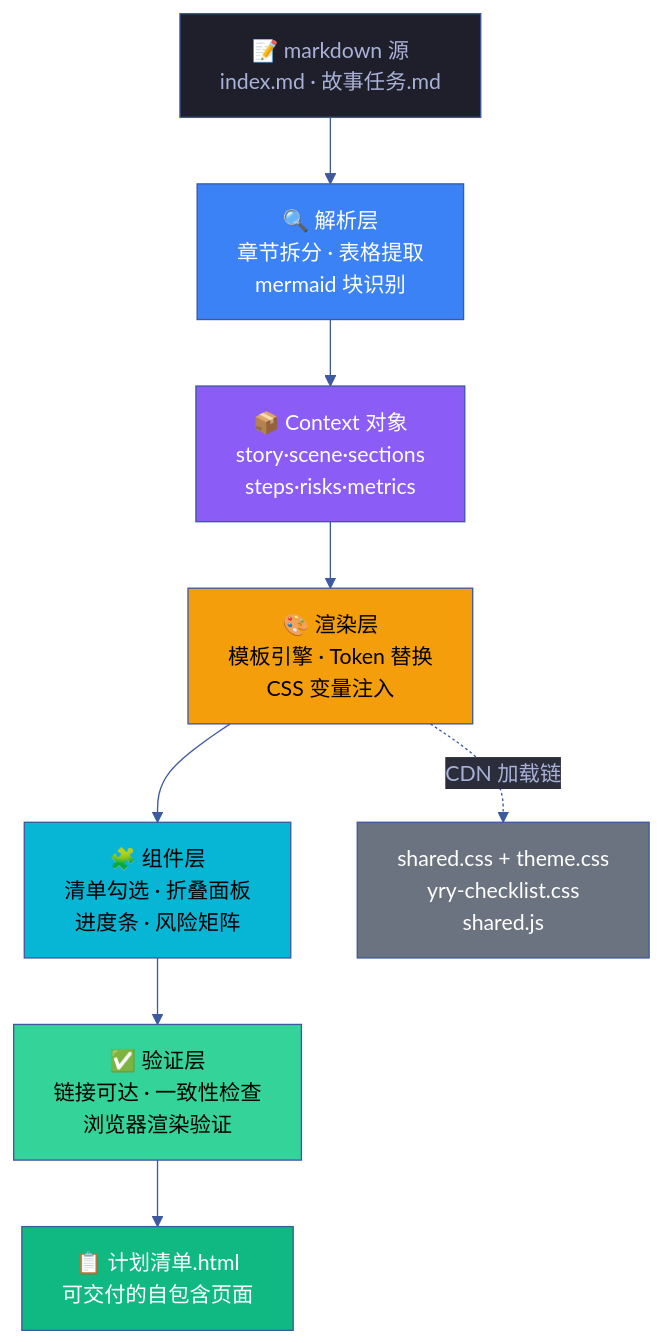
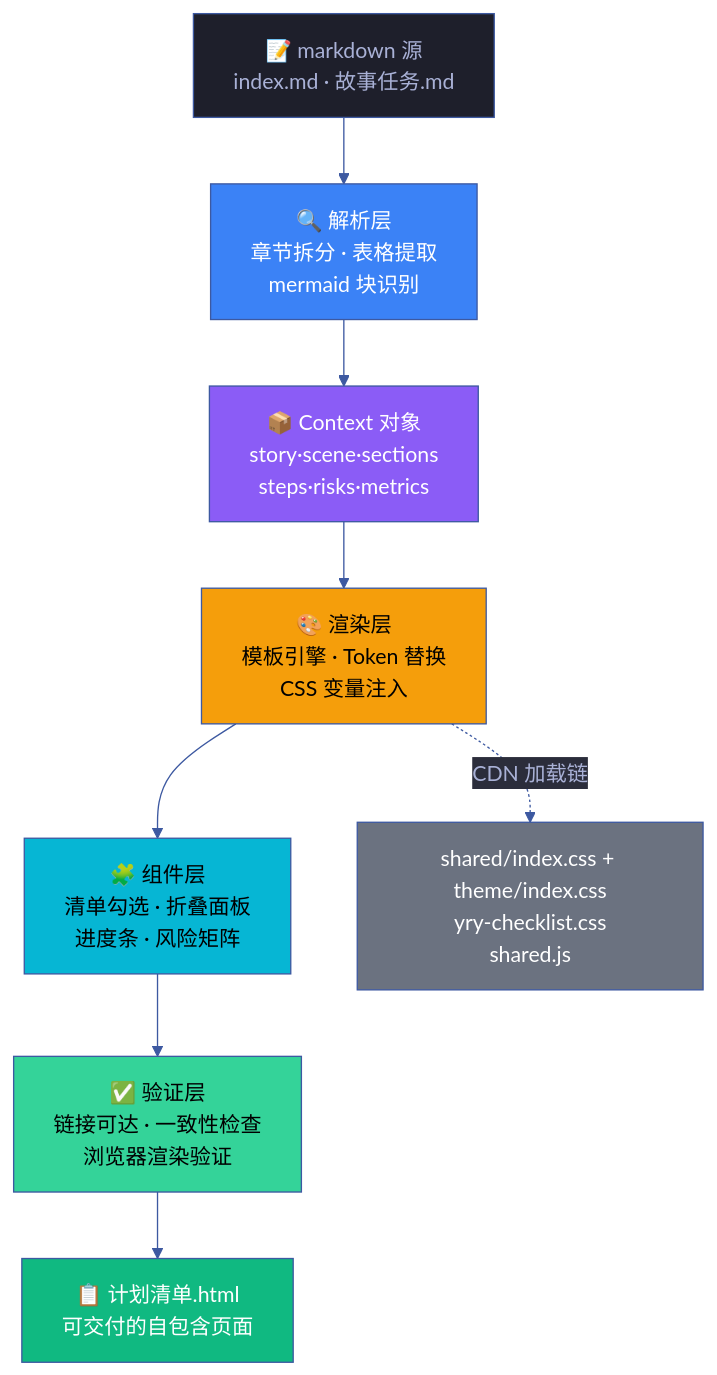
One commit to effiy/YrY changed the first of 6 diagrams in docs/故事任务面板/计划清单/故事任务.md. Above: the diagram before and after it, drawn with Mermaid. The commit also changed other lines of this file and 553 other files, not shown here.

````diff
--- a/docs/故事任务面板/计划清单/故事任务.md
+++ b/docs/故事任务面板/计划清单/故事任务.md
@@ -16,28 +16,28 @@
 ```mermaid
 %%{init: {'theme': 'base', 'themeVariables': {
   'primaryColor': '#1e1f2b',
   'primaryTextColor': '#a9b1d6',
   'primaryBorderColor': '#3d59a1',
   'lineColor': '#3d59a1',
   'secondaryColor': '#2b2d3b',
   'tertiaryColor': '#21232f'
 }}}%%
 flowchart TD
     MD["📝 markdown 源<br/>index.md · 故事任务.md"]:::src --> PARSE["🔍 解析层<br/>章节拆分 · 表格提取<br/>mermaid 块识别"]:::parse
     PARSE --> CTX["📦 Context 对象<br/>story·scene·sections<br/>steps·risks·metrics"]:::data
     CTX --> RENDER["🎨 渲染层<br/>模板引擎 · Token 替换<br/>CSS 变量注入"]:::render
     RENDER --> COMP["🧩 组件层<br/>清单勾选 · 折叠面板<br/>进度条 · 风险矩阵"]:::comp
     COMP --> VERIFY["✅ 验证层<br/>链接可达 · 一致性检查<br/>浏览器渲染验证"]:::verify
     VERIFY --> HTML["📋 计划清单.html<br/>可交付的自包含页面"]:::out
 
-    RENDER -.->|"CDN 加载链"| CDN["shared.css + theme.css<br/>yry-checklist.css<br/>shared.js"]:::cdn
+    RENDER -.->|"CDN 加载链"| CDN["shared/index.css + theme/index.css<br/>yry-checklist.css<br/>shared.js"]:::cdn
 
     classDef src fill:#1e1f2b,stroke:#3d59a1,color:#a9b1d6
     classDef parse fill:#3B82F6,color:#fff
     classDef data fill:#8B5CF6,color:#fff
     classDef render fill:#f59e0b,color:#000
     classDef comp fill:#06b6d4,color:#000
     classDef verify fill:#34d399,color:#000
     classDef out fill:#10b981,color:#fff
     classDef cdn fill:#6B7280,color:#fff
 ```
````
